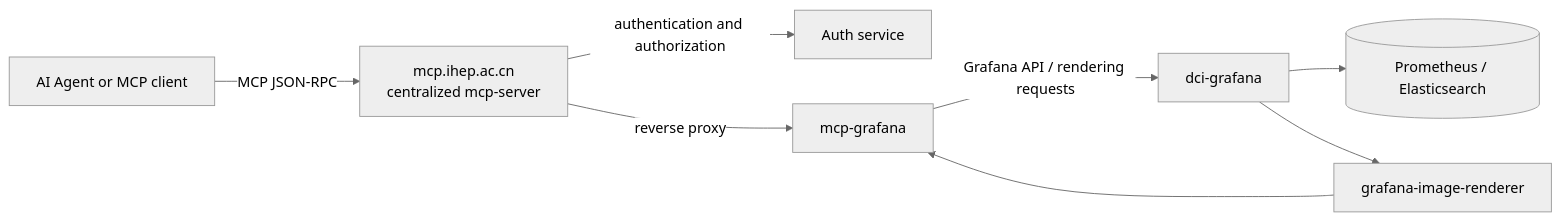
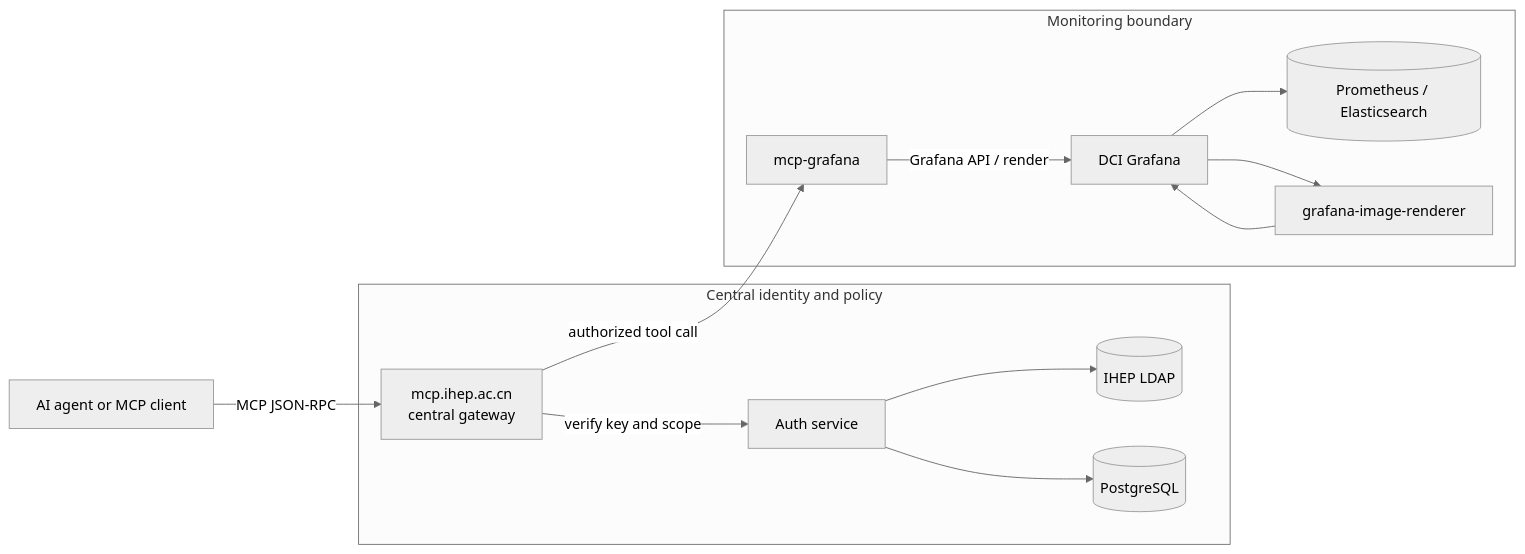
The fifth of 7 diagrams in slides.md (hanx-hep/28th-junocm-dci), drawn with Mermaid (neutral theme) before and after one commit. The commit also changed other lines of this file and 2 other files, not shown here.

Commit message:
Refine DCI monitoring presentation

````diff
--- a/slides.md
+++ b/slides.md
@@ -291,10 +271,19 @@
-```mermaid {scale: 0.5}
+```mermaid {scale: 0.54}
 flowchart LR
-    A[AI Agent or MCP client] -->|MCP JSON-RPC| B[mcp.ihep.ac.cn<br/>centralized mcp-server]
-    B -->|authentication and authorization| C[Auth service]
-    B -->|reverse proxy| D[mcp-grafana]
-    D -->|Grafana API / rendering requests| E[dci-grafana]
-    E --> F[(Prometheus / Elasticsearch)]
-    E --> G[grafana-image-renderer]
-    G --> D
+    C[AI agent or MCP client] -->|MCP JSON-RPC| G[mcp.ihep.ac.cn<br/>central gateway]
+
+    subgraph CP[Central identity and policy]
+        G -->|verify key and scope| A[Auth service]
+        A --> L[(IHEP LDAP)]
+        A --> P[(PostgreSQL)]
+    end
+
+    G -->|authorized tool call| M[mcp-grafana]
+
+    subgraph MB[Monitoring boundary]
+        M -->|Grafana API / render| F[DCI Grafana]
+        F --> D[(Prometheus / Elasticsearch)]
+        F --> R[grafana-image-renderer]
+        R --> F
+    end
 ```
````
